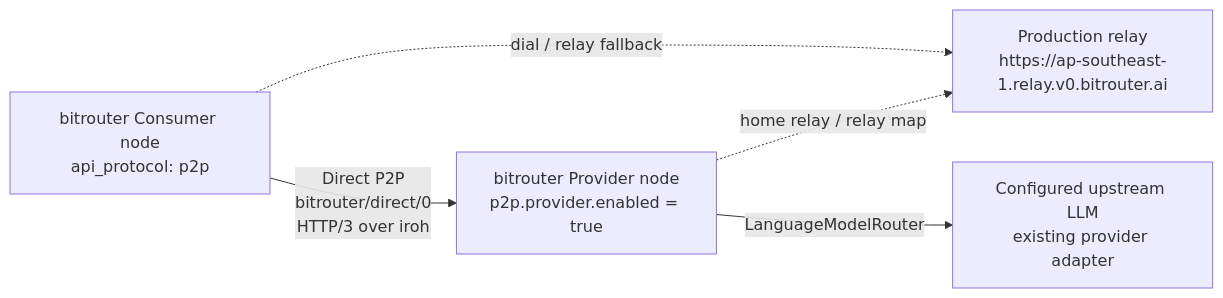
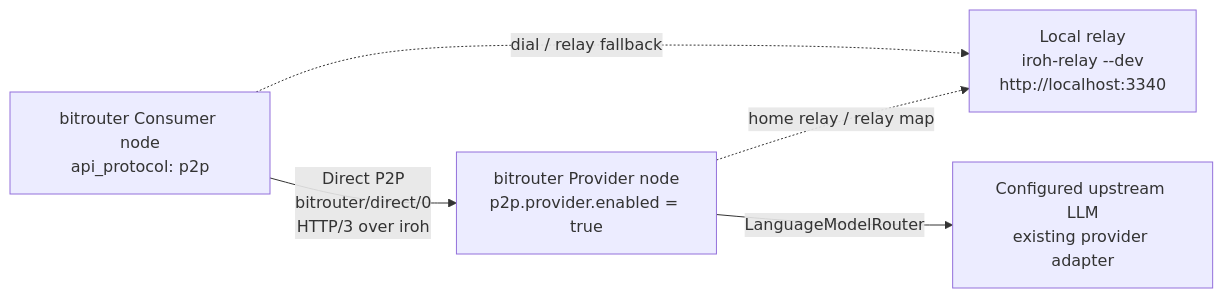
The diagram in specs/p2p/008-02-main-repo-integration.md (bitrouter/bitrouter), drawn with Mermaid before and after one commit. The commit also changed other lines of this file, not shown here.

Commit message:
docs: prefer local relay for p2p mvp

````diff
--- a/specs/p2p/008-02-main-repo-integration.md
+++ b/specs/p2p/008-02-main-repo-integration.md
@@ -65,12 +65,12 @@
 ```mermaid
 flowchart LR
-    Relay["Production relay<br/>https://ap-southeast-1.relay.v0.bitrouter.ai"]
+    Relay["Local relay<br/>iroh-relay --dev<br/>http://localhost:3340"]
     Provider["bitrouter Provider node<br/>p2p.provider.enabled = true"]
     Consumer["bitrouter Consumer node<br/>api_protocol: p2p"]
     Upstream["Configured upstream LLM<br/>existing provider adapter"]
 
     Provider -. "home relay / relay map" .-> Relay
     Consumer -. "dial / relay fallback" .-> Relay
     Consumer -- "Direct P2P<br/>bitrouter/direct/0<br/>HTTP/3 over iroh" --> Provider
     Provider -- "LanguageModelRouter" --> Upstream
 ```
````
